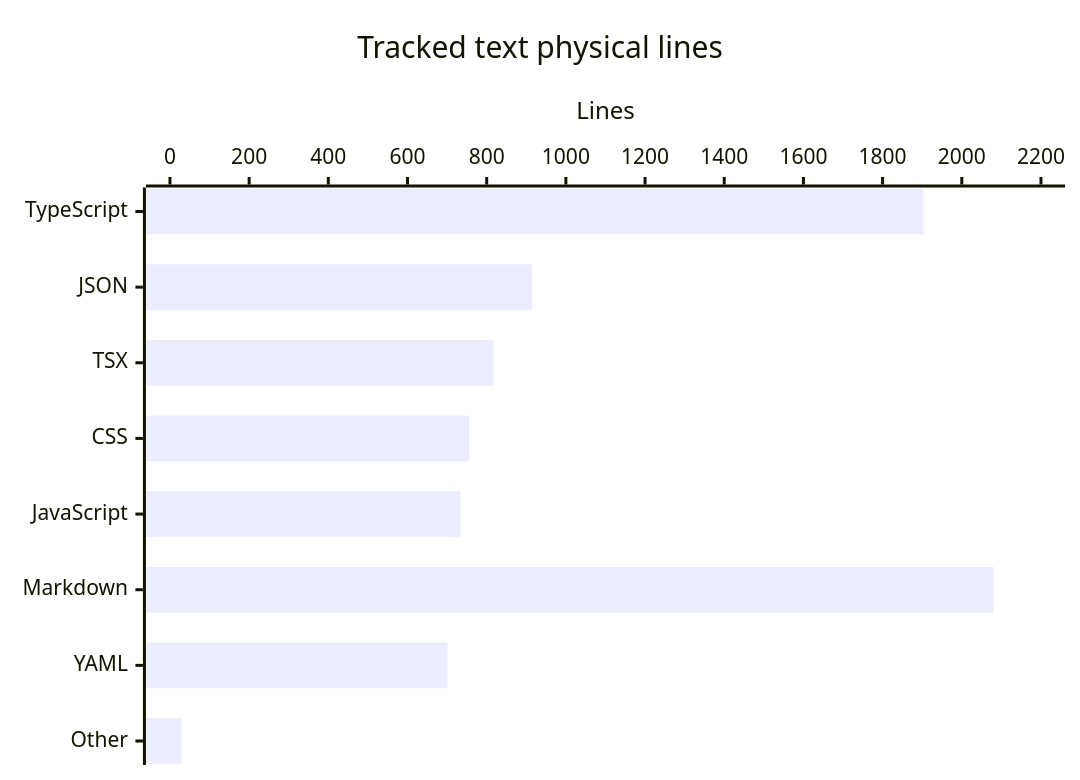
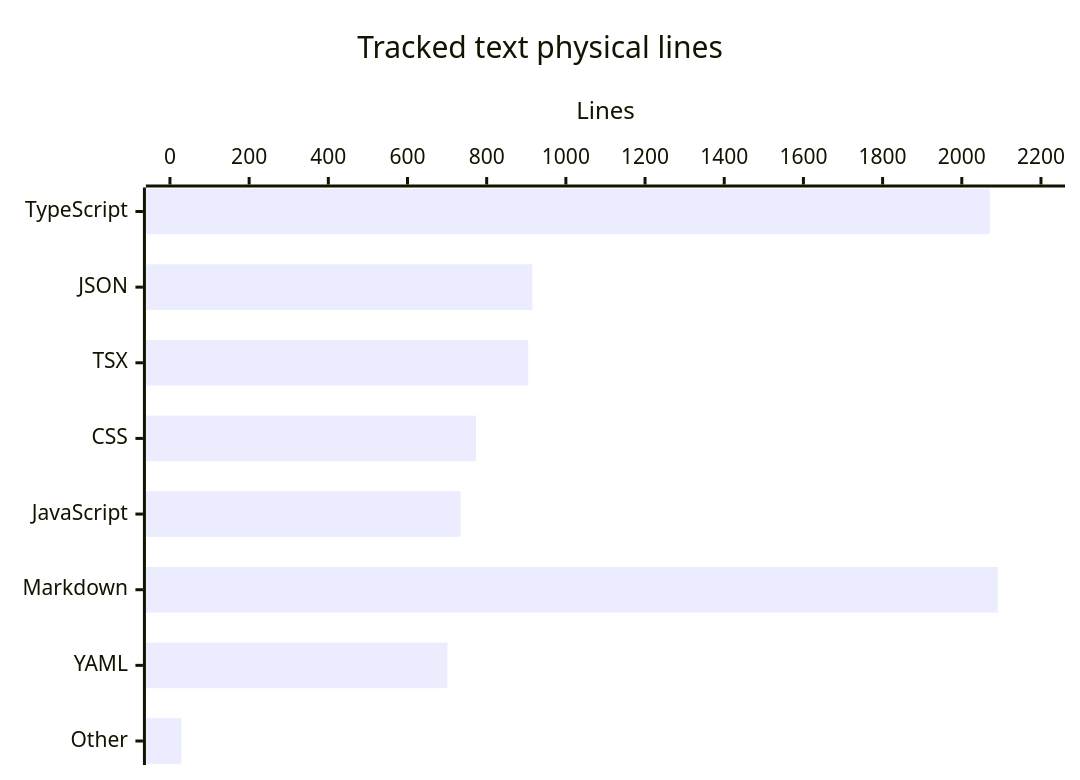
Before and after one commit to FactoryDemo/demo-storefront: the diagram in droid-wiki/by-the-numbers.md, drawn with Mermaid. The commit also changed other lines of this file and 16 other files, not shown here.

````diff
--- a/droid-wiki/by-the-numbers.md
+++ b/droid-wiki/by-the-numbers.md
@@ -43,7 +43,7 @@
 ```mermaid
 xychart-beta horizontal
     title "Tracked text physical lines"
     x-axis ["TypeScript", "JSON", "TSX", "CSS", "JavaScript", "Markdown", "YAML", "Other"]
     y-axis "Lines" 0 --> 2200
-    bar [1903, 915, 817, 756, 734, 2080, 701, 29]
+    bar [2071, 915, 905, 773, 734, 2091, 701, 29]
 ```
````
